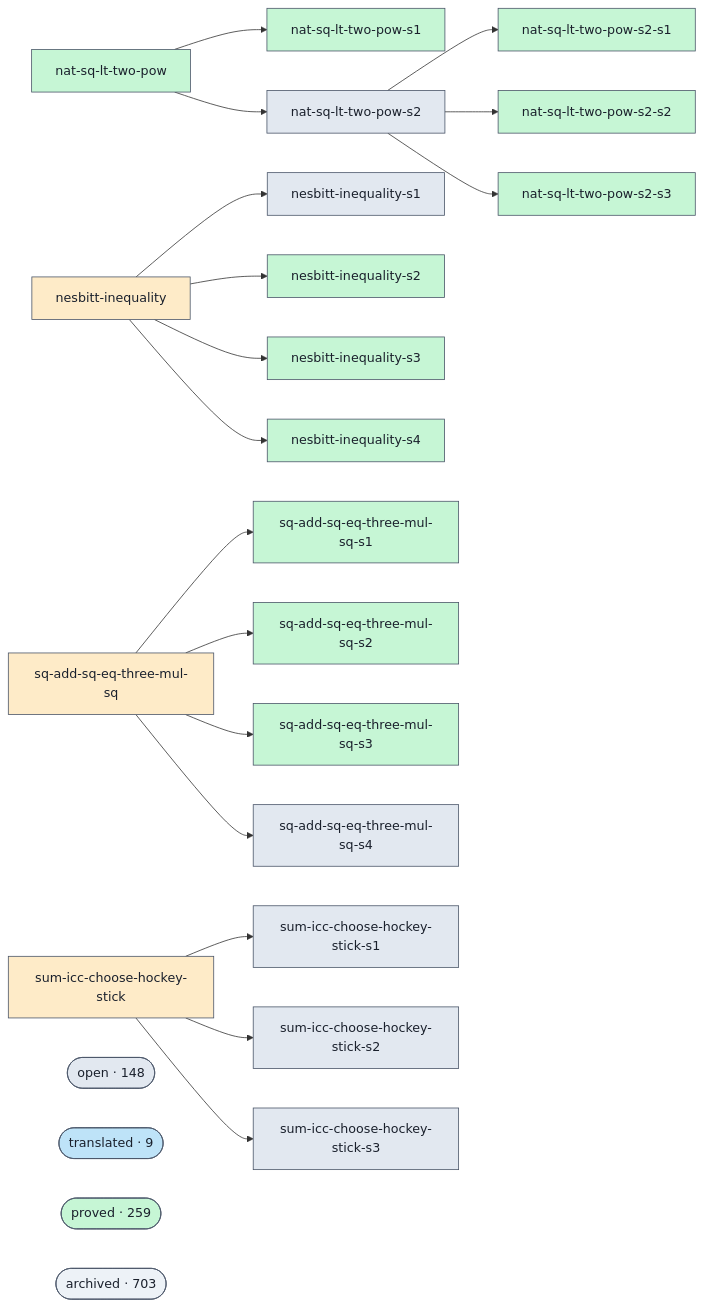
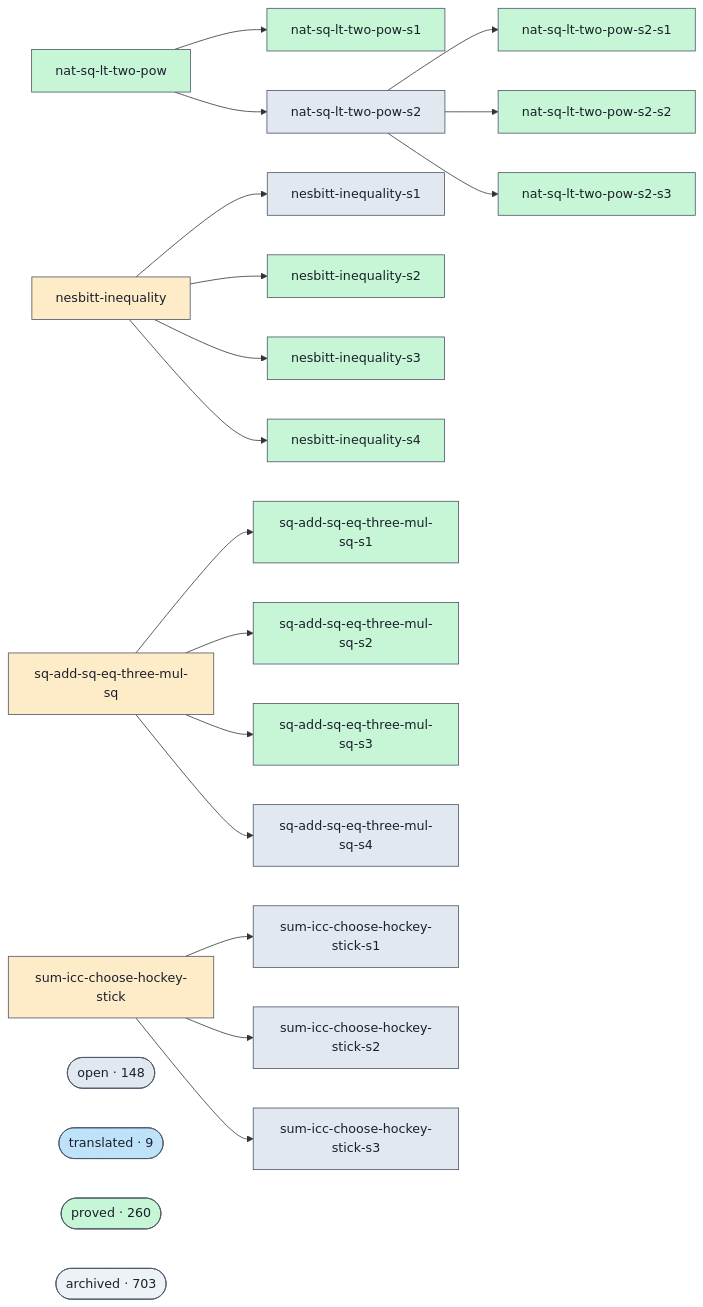
The diagram in docs/proofs-contributors-visualisation.md (ohdearquant/unsorry), drawn with Mermaid before and after one commit. The commit also changed other lines of this file and 2 other files, not shown here.

```diff
--- a/docs/proofs-contributors-visualisation.md
+++ b/docs/proofs-contributors-visualisation.md
@@ -102,7 +102,7 @@
   class cluster_open open;
   cluster_translated(["translated · 9"])
   class cluster_translated translated;
-  cluster_proved(["proved · 259"])
+  cluster_proved(["proved · 260"])
   class cluster_proved proved;
   cluster_archived(["archived · 703"])
   class cluster_archived unknown;
```
